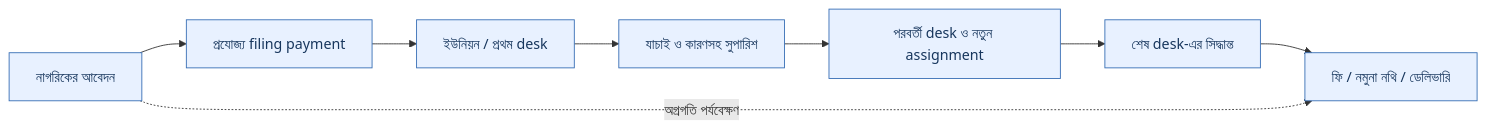
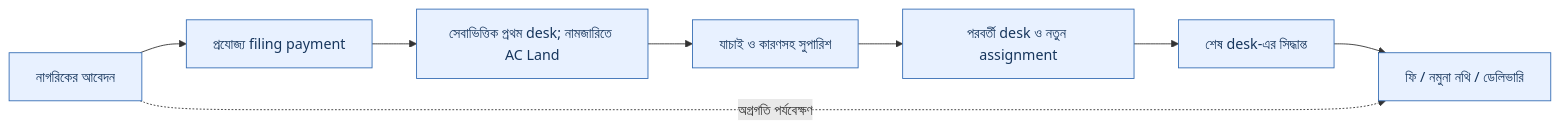
The second of 2 diagrams in docs/APP_FLOW.md (Shreyalien/E-Bhumi), drawn with Mermaid before and after one commit. The commit also changed other lines of this file and 44 other files, not shown here.

````diff
--- a/docs/APP_FLOW.md
+++ b/docs/APP_FLOW.md
@@ -74,12 +74,12 @@
 ```mermaid
 flowchart LR
     C[নাগরিকের আবেদন] --> F[প্রযোজ্য filing payment]
-    F --> U[ইউনিয়ন / প্রথম desk]
+    F --> U[সেবাভিত্তিক প্রথম desk; নামজারিতে AC Land]
     U --> V[যাচাই ও কারণসহ সুপারিশ]
     V --> N[পরবর্তী desk ও নতুন assignment]
     N --> A[শেষ desk-এর সিদ্ধান্ত]
     A --> O[ফি / নমুনা নথি / ডেলিভারি]
     C -. অগ্রগতি পর্যবেক্ষণ .-> O
     classDef blue fill:#e8f1ff,stroke:#376eb5,color:#17365d;
     class C,F,U,V,N,A,O blue;
 ```
````
